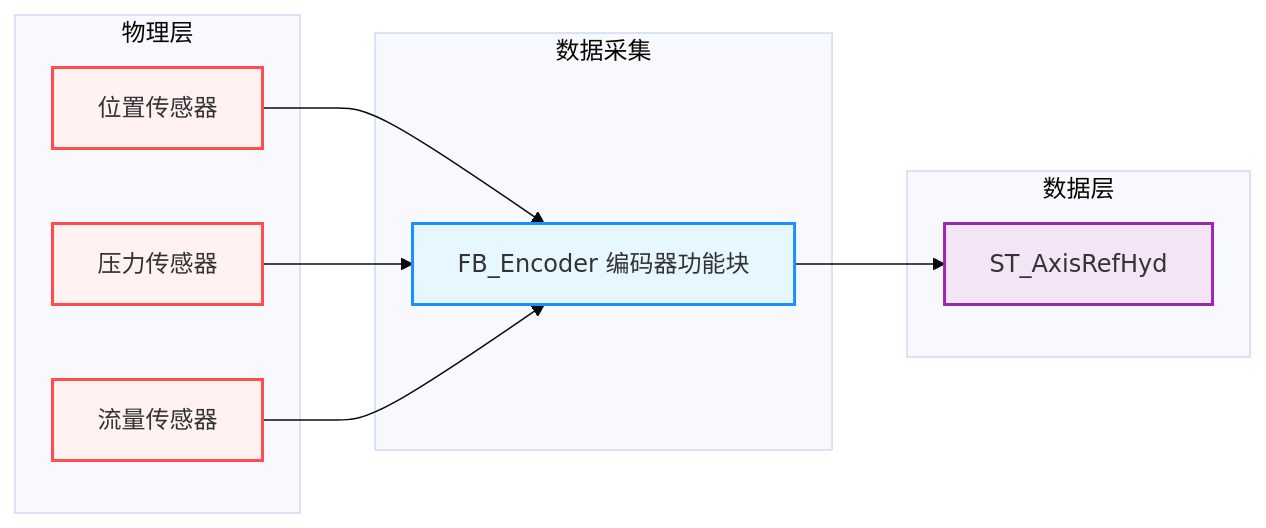
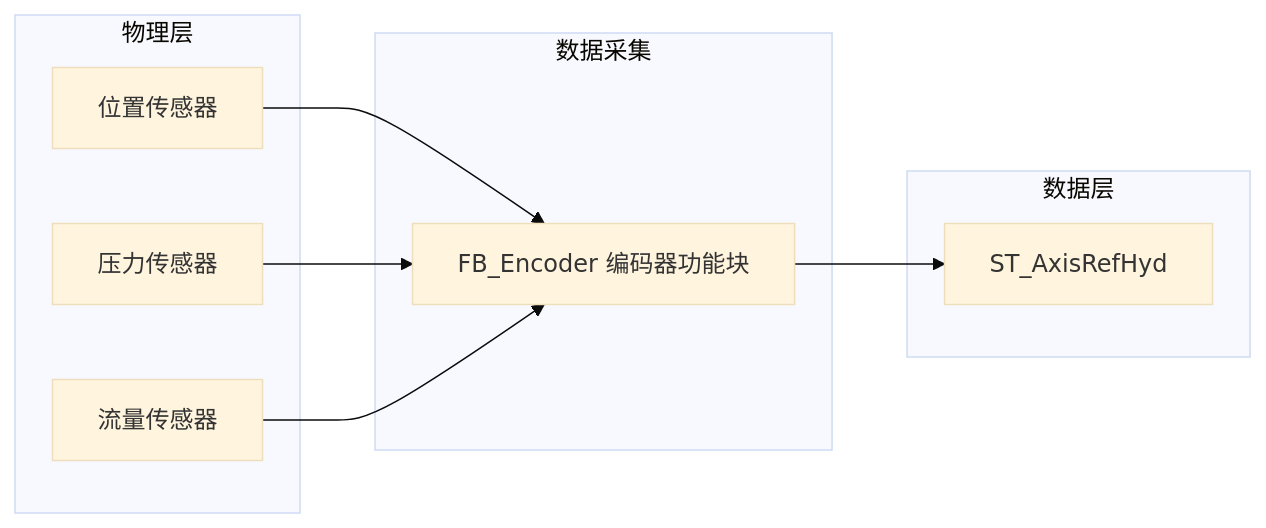
Before and after one commit to Porcheson/inj-machine-docs: the seventh of 8 diagrams in docs/01_开合模功能整理.md, drawn with Mermaid (base theme). The commit also changed other lines of this file and 1 other file, not shown here.

Commit message:
优化开合模功能文档的Mermaid图表样式，支持浅色和深色主题切换

````diff
--- a/docs/01_开合模功能整理.md
+++ b/docs/01_开合模功能整理.md
@@ -756,29 +738,25 @@
 ```mermaid
 flowchart LR
     subgraph 物理层
         S1[位置传感器]
         S2[压力传感器]
         S3[流量传感器]
     end
   
     subgraph 数据采集
         FB_Encoder[FB_Encoder 编码器功能块]
     end
   
     subgraph 数据层
         D1[ST_AxisRefHyd]
     end
   
     S1 --> FB_Encoder
     S2 --> FB_Encoder
     S3 --> FB_Encoder
     FB_Encoder --> D1
   
-    classDef physical fill:#fff2f0,stroke:#ff4d4f,stroke-width:2px,rounded
-    classDef process fill:#e6f7ff,stroke:#1890ff,stroke-width:2px,rounded
-    classDef data fill:#f3e5f5,stroke:#9c27b0,stroke-width:2px,rounded
-  
     class S1,S2,S3 physical
     class FB_Encoder process
     class D1 data
 ```
````
